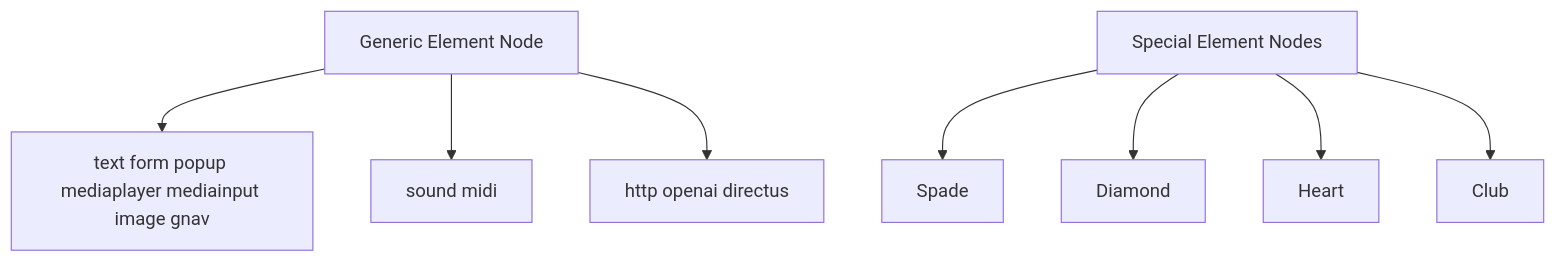
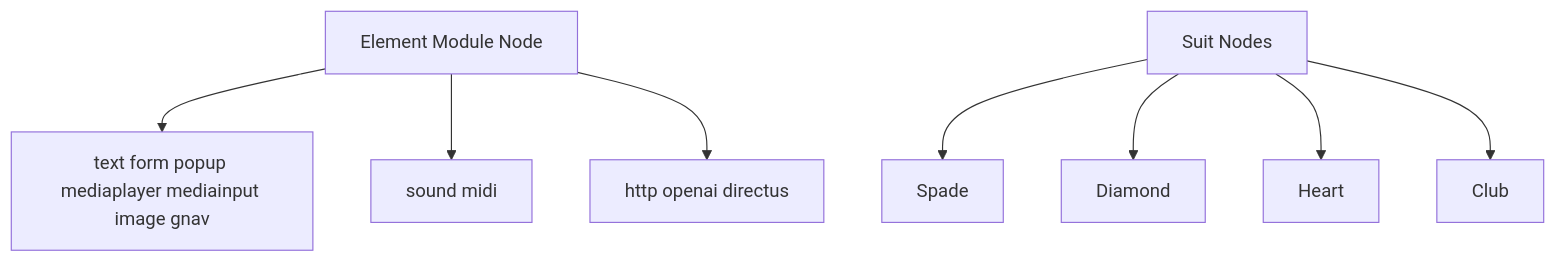
One commit to leafgon/leaf-docs changed the first of 2 diagrams in docs/core-concepts/node-types/element.md. Above: the diagram before and after it, drawn with Mermaid. The commit also changed other lines of this file and 8 other files, not shown here.

Commit message:
docs: rename element taxonomy to element module and suit nodes

````diff
--- a/docs/core-concepts/node-types/element.md
+++ b/docs/core-concepts/node-types/element.md
@@ -14,11 +14,11 @@
 ```mermaid
 flowchart TB
-  E[Generic Element Node]
+  E[Element Module Node]
   E --> UI[text form popup mediaplayer mediainput image gnav]
   E --> Media[sound midi]
   E --> Integration[http openai directus]
-  Cards[Special Element Nodes] --> Spade[Spade]
+  Cards[Suit Nodes] --> Spade[Spade]
   Cards --> Diamond[Diamond]
   Cards --> Heart[Heart]
   Cards --> Club[Club]
 ```
````
